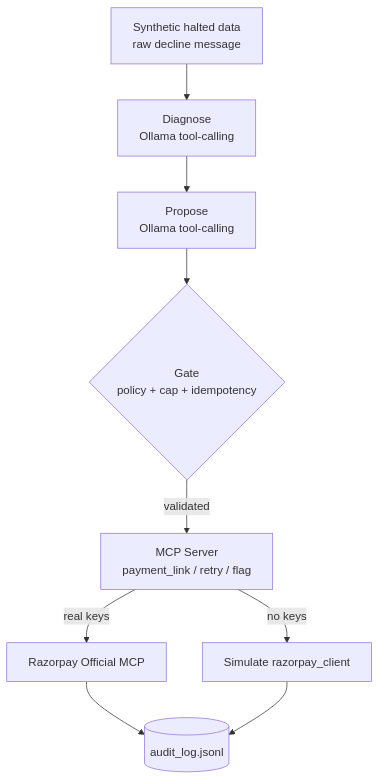
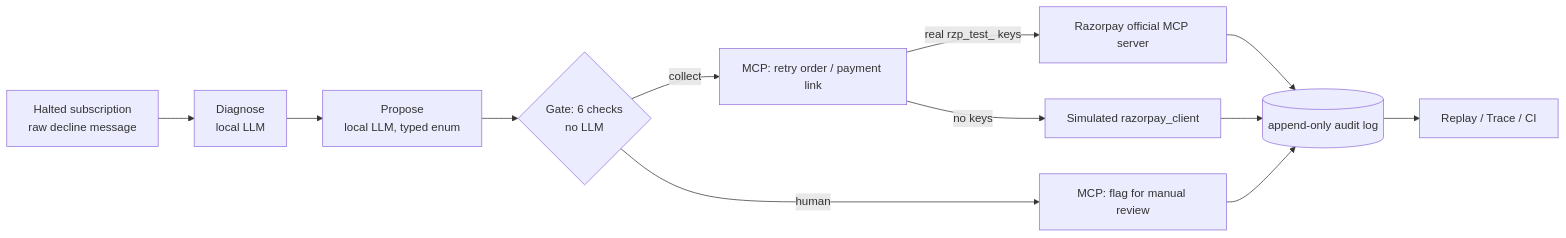
The diagram in README.md (MrNK2107/FailSafe), drawn with Mermaid before and after one commit. The commit also changed other lines of this file and 139 other files, not shown here.

Commit message:
FailSafe: decision replay, decision trace, policy console with what-if editor, policy-check CI, Docker

````diff
--- a/README.md
+++ b/README.md
@@ -34,11 +105,14 @@
 ```mermaid
-flowchart TD
-    A[Synthetic halted data<br/>raw decline message] --> B[Diagnose<br/>Ollama tool-calling]
-    B --> C[Propose<br/>Ollama tool-calling]
-    C --> D{Gate<br/>policy + cap + idempotency}
-    D -->|validated| E[MCP Server<br/>payment_link / retry / flag]
-    E -->|real keys| F[Razorpay Official MCP]
-    E -->|no keys| G[Simulate razorpay_client]
-    F --> H[(audit_log.jsonl)]
-    G --> H
+flowchart LR
+    A[Halted subscription<br/>raw decline message] --> B[Diagnose<br/>local LLM]
+    B --> C[Propose<br/>local LLM, typed enum]
+    C --> D{Gate: 6 checks<br/>no LLM}
+    D -->|collect| E[MCP: retry order / payment link]
+    D -->|human| F[MCP: flag for manual review]
+    E -->|real rzp_test_ keys| R[Razorpay official MCP server]
+    E -->|no keys| S[Simulated razorpay_client]
+    R --> G[(append-only audit log)]
+    S --> G
+    F --> G
+    G --> H[Replay / Trace / CI]
 ```
````
